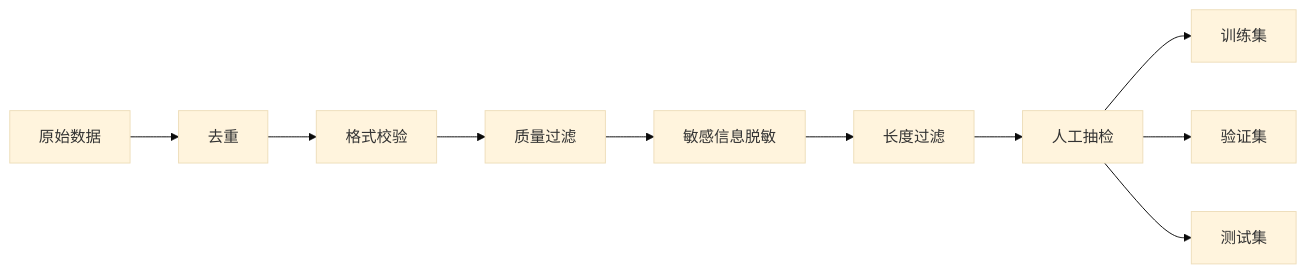
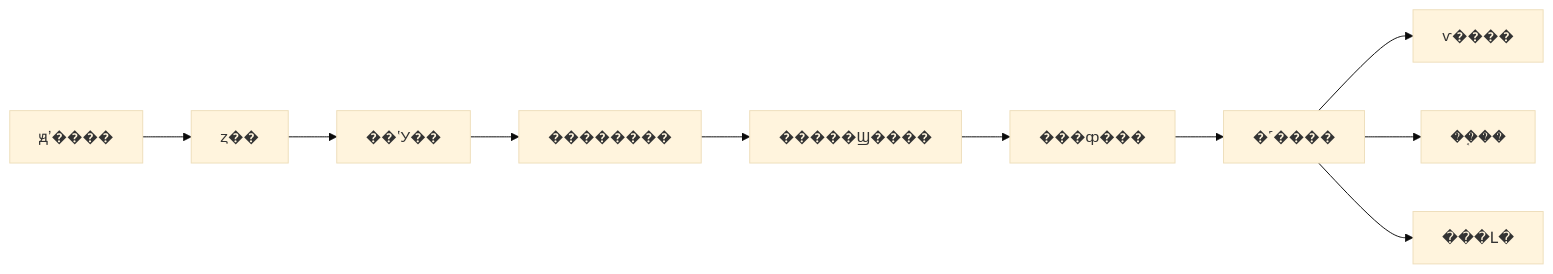
One commit to TimeHunter618/hugo-maid-dev changed the second of 6 diagrams in content/post/ai-interview/如何做模型微调与数据集准备.zh-CN.md. Above: the diagram before and after it, drawn with Mermaid (base theme). The commit also changed other lines of this file and 70 other files, not shown here.

````diff
--- a/content/post/ai-interview/如何做模型微调与数据集准备.zh-CN.md
+++ b/content/post/ai-interview/如何做模型微调与数据集准备.zh-CN.md
@@ -110,12 +110,12 @@
 ```mermaid
 graph LR
-    A[原始数据] --> B[去重]
-    B --> C[格式校验]
-    C --> D[质量过滤]
-    D --> E[敏感信息脱敏]
-    E --> D2[长度过滤]
-    D2 --> F[人工抽检]
-    F --> G[训练集]
-    F --> H[验证集]
-    F --> I[测试集]
+    A[ԭʼ����] --> B[ȥ��]
+    B --> C[��ʽУ��]
+    C --> D[��������]
+    D --> E[�����Ϣ����]
+    E --> D2[���ȹ���]
+    D2 --> F[�˹����]
+    F --> G[ѵ����]
+    F --> H[��֤��]
+    F --> I[���Լ�]
 ```
````
